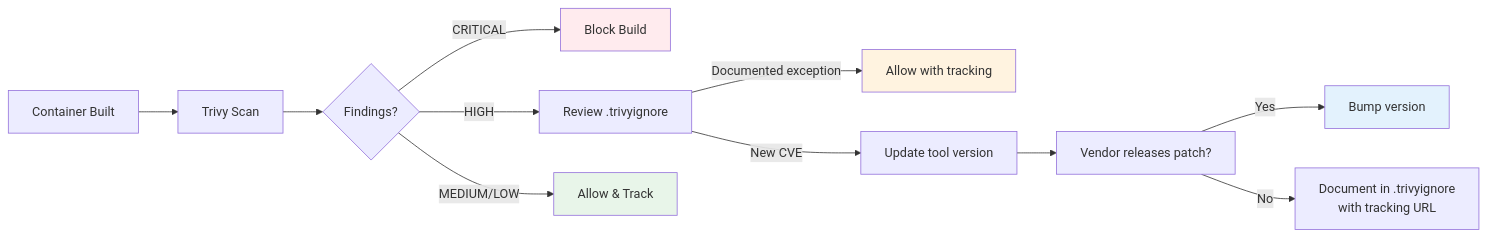
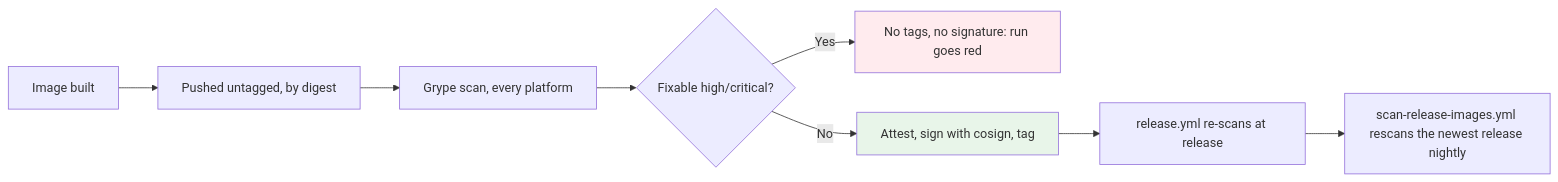
One commit to malpanez/ansible-devcontainer-vscode changed the seventh of 11 diagrams in docs/ARCHITECTURE.md. Above: the diagram before and after it, drawn with Mermaid. The commit also changed other lines of this file and 26 other files, not shown here.

````diff
--- a/docs/ARCHITECTURE.md
+++ b/docs/ARCHITECTURE.md
@@ -281,21 +262,15 @@
 ```mermaid
 graph LR
-    A[Container Built] --> B[Trivy Scan]
-    B --> C{Findings?}
+    A[Image built] --> B[Pushed untagged, by digest]
+    B --> C[Grype scan, every platform]
+    C --> D{Fixable high/critical?}
 
-    C -->|CRITICAL| D[Block Build]
-    C -->|HIGH| E[Review .trivyignore]
-    C -->|MEDIUM/LOW| F[Allow & Track]
+    D -->|Yes| E[No tags, no signature: run goes red]
+    D -->|No| F[Attest, sign with cosign, tag]
 
-    E -->|Documented exception| G[Allow with tracking]
-    E -->|New CVE| H[Update tool version]
+    F --> G[release.yml re-scans at release]
+    G --> H[scan-release-images.yml rescans the newest release nightly]
 
-    H --> I[Vendor releases patch?]
-    I -->|Yes| J[Bump version]
-I -->|No| K[Document in .trivyignore<br/>with tracking URL]
-
-    style D fill:#ffebee
+    style E fill:#ffebee
     style F fill:#e8f5e9
-    style G fill:#fff3e0
-    style J fill:#e3f2fd
 ```
````
